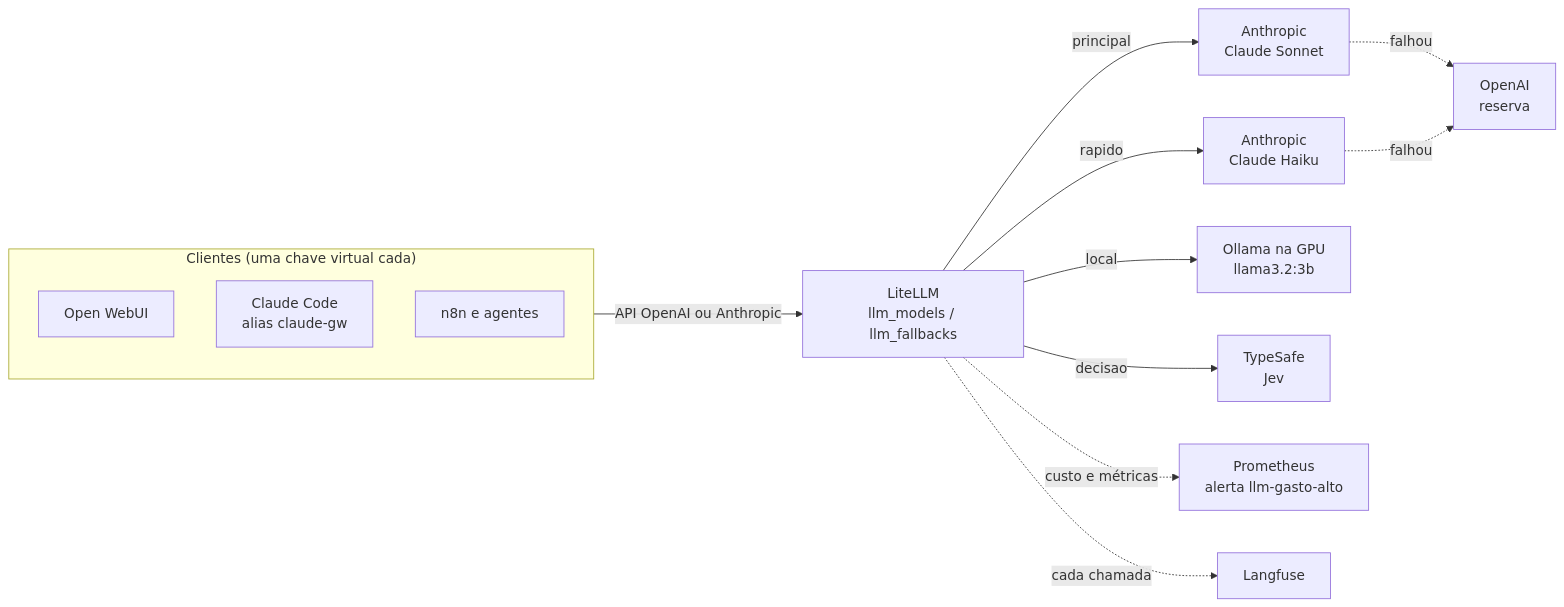
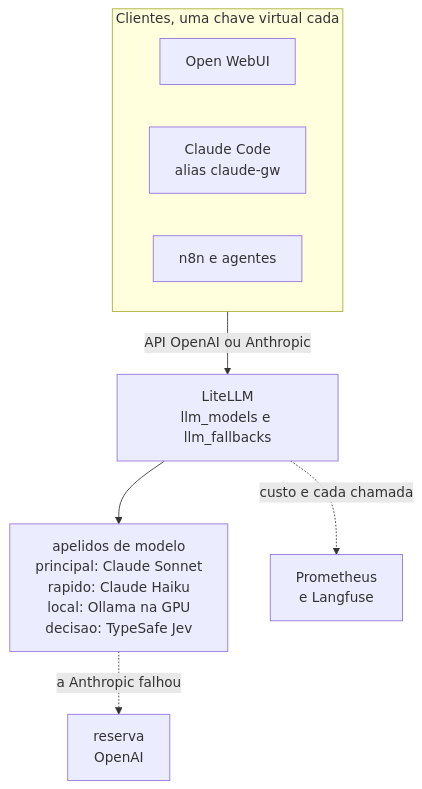
One commit to lioevano/wiki-home-server changed the diagram in wiki/docs/02-visao-geral-arquitetura/07-apis-llm-estrategia.md. Above: the diagram before and after it, drawn with Mermaid. The commit also changed 24 other files, not shown here.

````diff
--- a/wiki/docs/02-visao-geral-arquitetura/07-apis-llm-estrategia.md
+++ b/wiki/docs/02-visao-geral-arquitetura/07-apis-llm-estrategia.md
@@ -25,17 +25,13 @@
 ```mermaid
-flowchart LR
-    subgraph Clientes["Clientes (uma chave virtual cada)"]
-        owui[Open WebUI]
-        cc[Claude Code<br/>alias claude-gw]
-        n8n[n8n e agentes]
+flowchart TB
+    subgraph cli["Clientes, uma chave virtual cada"]
+        direction LR
+        owui["Open WebUI"]
+        cc["Claude Code<br/>alias claude-gw"]
+        n8n["n8n e agentes"]
     end
-    Clientes -- API OpenAI ou Anthropic --> litellm[LiteLLM<br/>llm_models / llm_fallbacks]
-    litellm -- principal --> sonnet[Anthropic<br/>Claude Sonnet]
-    litellm -- rapido --> haiku[Anthropic<br/>Claude Haiku]
-    litellm -- local --> ollama[Ollama na GPU<br/>llama3.2:3b]
-    litellm -- decisao --> jev[TypeSafe<br/>Jev]
-    sonnet -. falhou .-> gpt[OpenAI<br/>reserva]
-    haiku -. falhou .-> gpt
-    litellm -. custo e métricas .-> prom[Prometheus<br/>alerta llm-gasto-alto]
-    litellm -. cada chamada .-> lf[Langfuse]
+    cli -- "API OpenAI ou Anthropic" --> litellm["LiteLLM<br/>llm_models e llm_fallbacks"]
+    litellm --> mod["apelidos de modelo<br/>principal: Claude Sonnet<br/>rapido: Claude Haiku<br/>local: Ollama na GPU<br/>decisao: TypeSafe Jev"]
+    mod -. "a Anthropic falhou" .-> gpt["reserva<br/>OpenAI"]
+    litellm -. "custo e cada chamada" .-> obs["Prometheus<br/>e Langfuse"]
 ```
````
